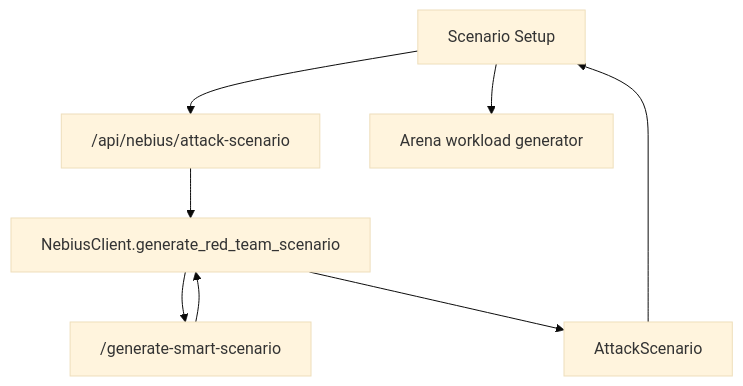
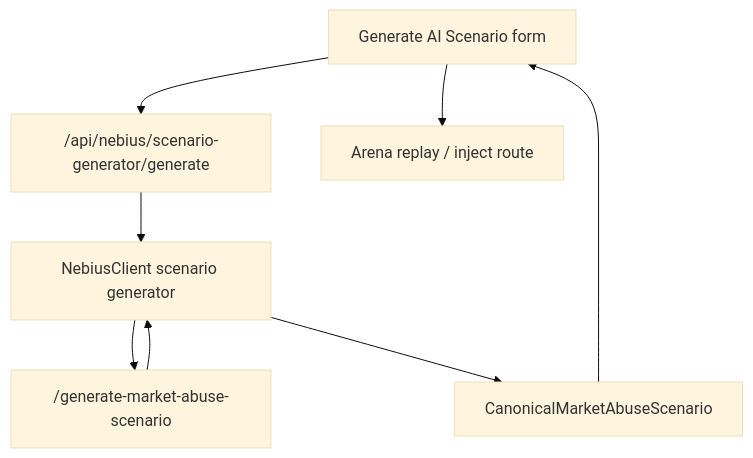
The diagram in docs/architecture/ARD-002-ai-scenario-generator.md (khab40/aimada), drawn with Mermaid (base theme) before and after one commit. The commit also changed other lines of this file and 33 other files, not shown here.

````diff
--- a/docs/architecture/ARD-002-ai-scenario-generator.md
+++ b/docs/architecture/ARD-002-ai-scenario-generator.md
@@ -23,17 +29,17 @@
 ```mermaid
 graph TD
-    UI["Scenario Setup"]
-    API["/api/nebius/attack-scenario"]
-    Client["NebiusClient.generate_red_team_scenario"]
-    Endpoint["/generate-smart-scenario"]
-    Contract["AttackScenario"]
-    Arena["Arena workload generator"]
+    UI["Generate AI Scenario form"]
+    API["/api/nebius/scenario-generator/generate"]
+    Client["NebiusClient scenario generator"]
+    Endpoint["/generate-market-abuse-scenario"]
+    Schema["CanonicalMarketAbuseScenario"]
+    Arena["Arena replay / inject route"]
 
     UI --> API
     API --> Client
     Client --> Endpoint
     Endpoint --> Client
-    Client --> Contract
-    Contract --> UI
+    Client --> Schema
+    Schema --> UI
     UI --> Arena
 ```
````
